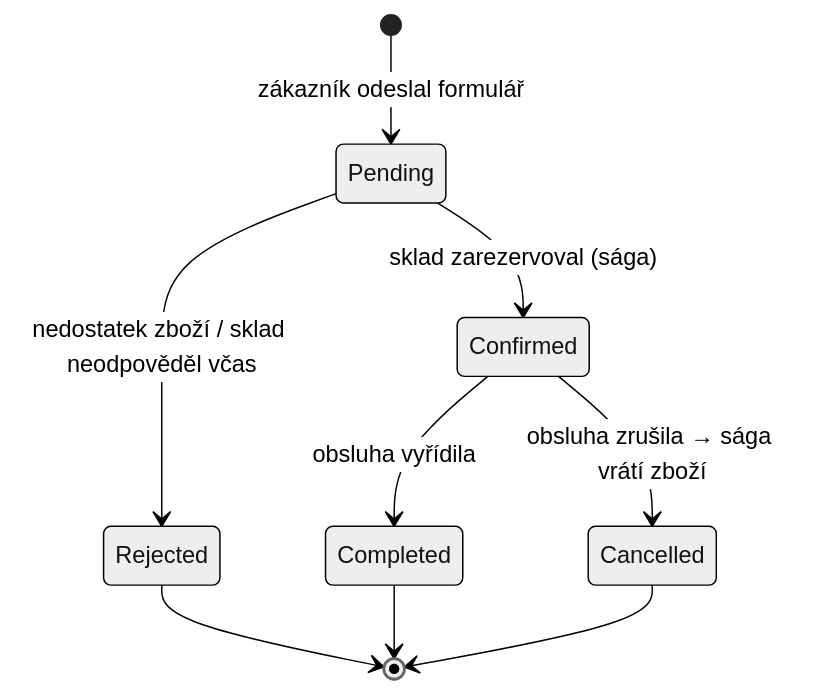
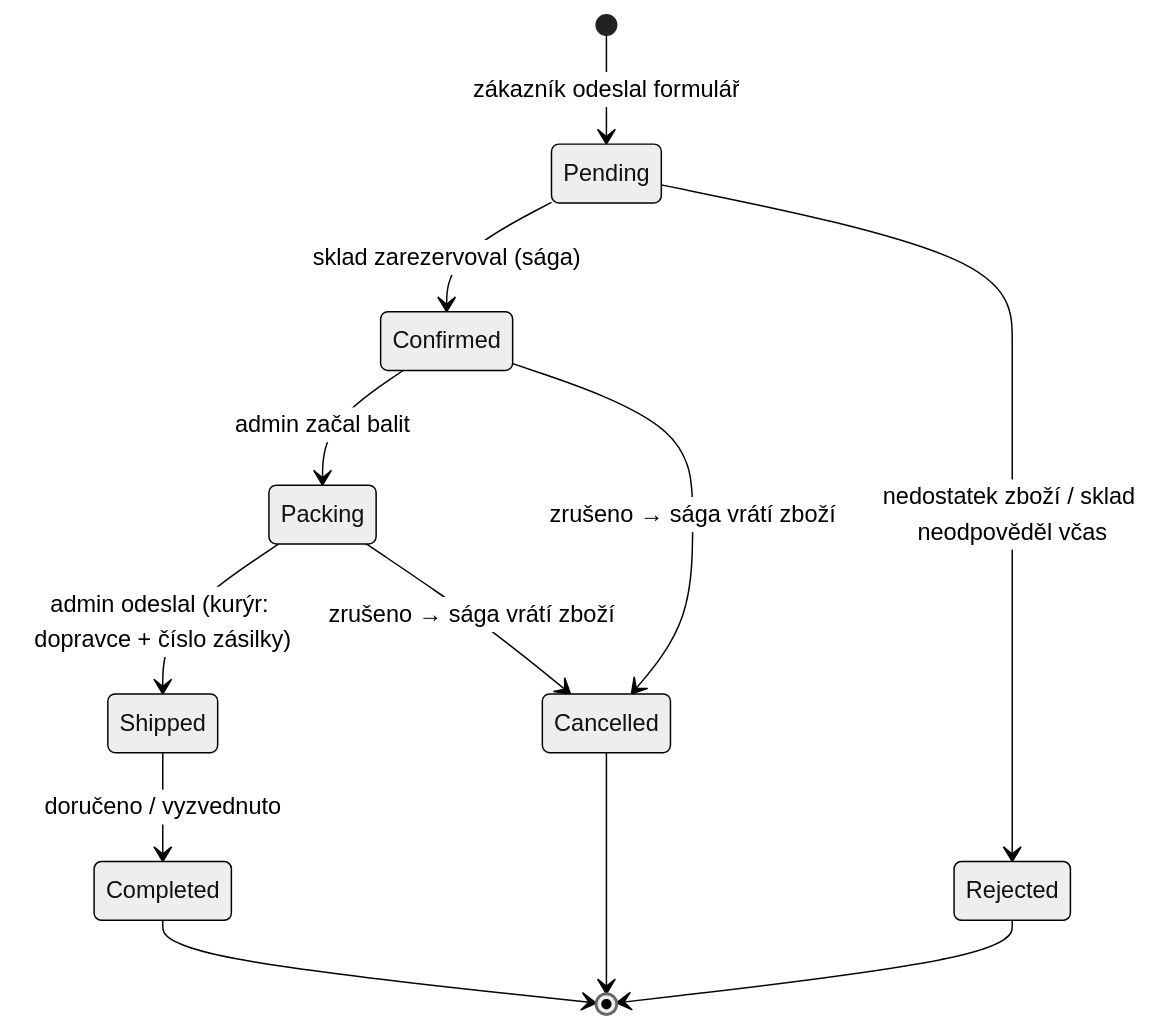
One commit to ftichy/MiniShop changed the first of 2 diagrams in docs/prirucka/architektura/stavove-diagramy.md. Above: the diagram before and after it, drawn with Mermaid (neutral theme). The commit also changed other lines of this file and 68 other files, not shown here.

````diff
--- a/docs/prirucka/architektura/stavove-diagramy.md
+++ b/docs/prirucka/architektura/stavove-diagramy.md
@@ -12,11 +12,14 @@
 ```mermaid
 stateDiagram-v2
     [*] --> Pending : zákazník odeslal formulář
     Pending --> Confirmed : sklad zarezervoval (sága)
     Pending --> Rejected : nedostatek zboží / sklad neodpověděl včas
-    Confirmed --> Completed : obsluha vyřídila
-    Confirmed --> Cancelled : obsluha zrušila → sága vrátí zboží
+    Confirmed --> Packing : admin začal balit
+    Packing --> Shipped : admin odeslal (kurýr: dopravce + číslo zásilky)
+    Shipped --> Completed : doručeno / vyzvednuto
+    Confirmed --> Cancelled : zrušeno → sága vrátí zboží
+    Packing --> Cancelled : zrušeno → sága vrátí zboží
     Rejected --> [*]
     Completed --> [*]
     Cancelled --> [*]
 ```
````
